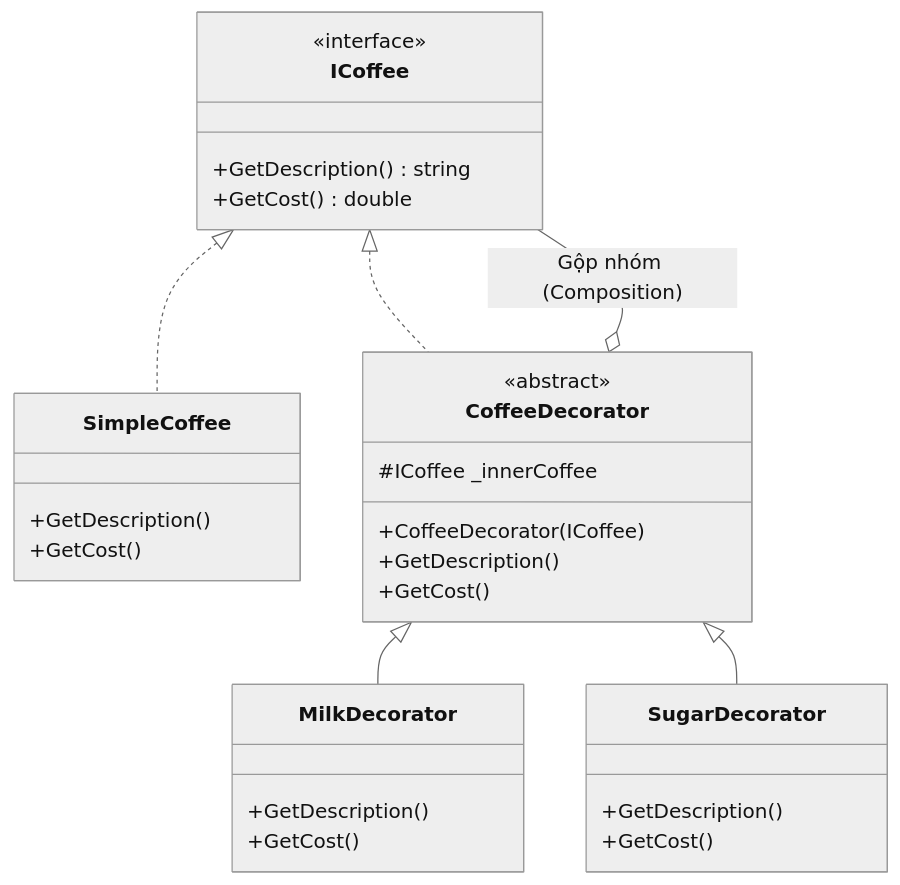
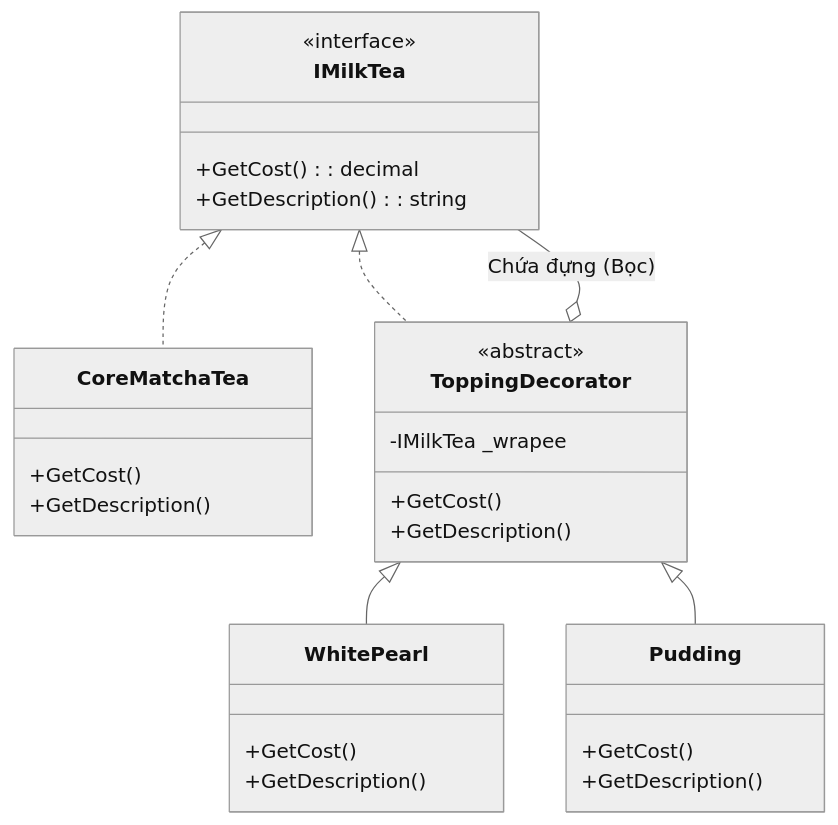
Before and after one commit to maitieubao/VisualizationDSA: the diagram in frontend/src/features/docs/content/patterns/decorator.md, drawn with Mermaid (neutral theme). The commit also changed other lines of this file and 823 other files, not shown here.

First line of the commit message:
feat: Sprint 3 hoàn tất - Classroom, Codelabs, Theory Articles, Graph search viz + redesign QuickSort/MergeSort visualizers

````diff
--- a/frontend/src/features/docs/content/patterns/decorator.md
+++ b/frontend/src/features/docs/content/patterns/decorator.md
@@ -30,33 +65,36 @@
 ```mermaid
 classDiagram
-    class ICoffee {
+    class IMilkTea {
         <<interface>>
-        +GetDescription() string
-        +GetCost() double
-    }
-    class SimpleCoffee {
-        +GetDescription()
-        +GetCost()
-    }
-    class CoffeeDecorator {
-        <<abstract>>
-        #ICoffee _innerCoffee
-        +CoffeeDecorator(ICoffee)
-        +GetDescription()
-        +GetCost()
-    }
-    class MilkDecorator {
-        +GetDescription()
-        +GetCost()
-    }
-    class SugarDecorator {
-        +GetDescription()
-        +GetCost()
+        +GetCost(): decimal
+        +GetDescription(): string
     }
     
-    ICoffee <|.. SimpleCoffee
-    ICoffee <|.. CoffeeDecorator
-    CoffeeDecorator o-- ICoffee : Gộp nhóm (Composition)
-    CoffeeDecorator <|-- MilkDecorator
-    CoffeeDecorator <|-- SugarDecorator
+    class CoreMatchaTea {
+        +GetCost()
+        +GetDescription()
+    }
+    
+    class ToppingDecorator {
+        <<abstract>>
+        -IMilkTea _wrapee
+        +GetCost()
+        +GetDescription()
+    }
+    
+    class WhitePearl {
+        +GetCost()
+        +GetDescription()
+    }
+    
+    class Pudding {
+        +GetCost()
+        +GetDescription()
+    }
+    
+    IMilkTea <|.. CoreMatchaTea
+    IMilkTea <|.. ToppingDecorator
+    ToppingDecorator o-- IMilkTea : Chứa đựng (Bọc)
+    ToppingDecorator <|-- WhitePearl
+    ToppingDecorator <|-- Pudding
 ```
````
